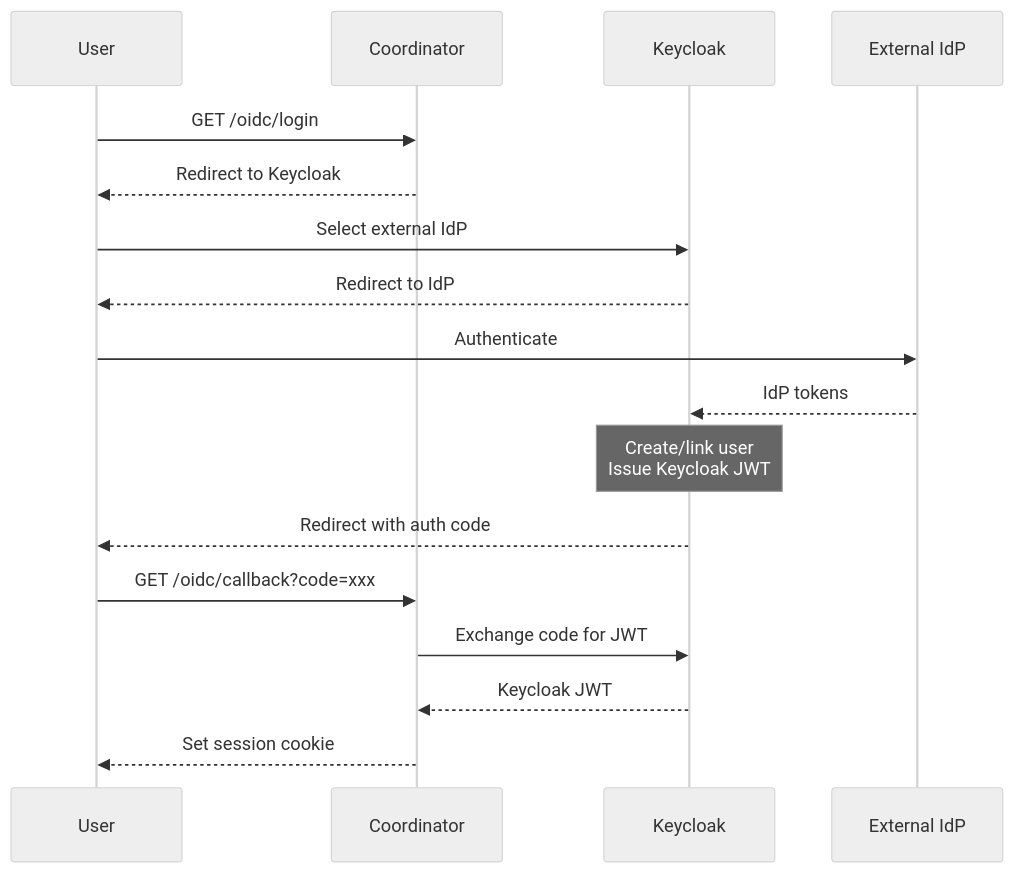
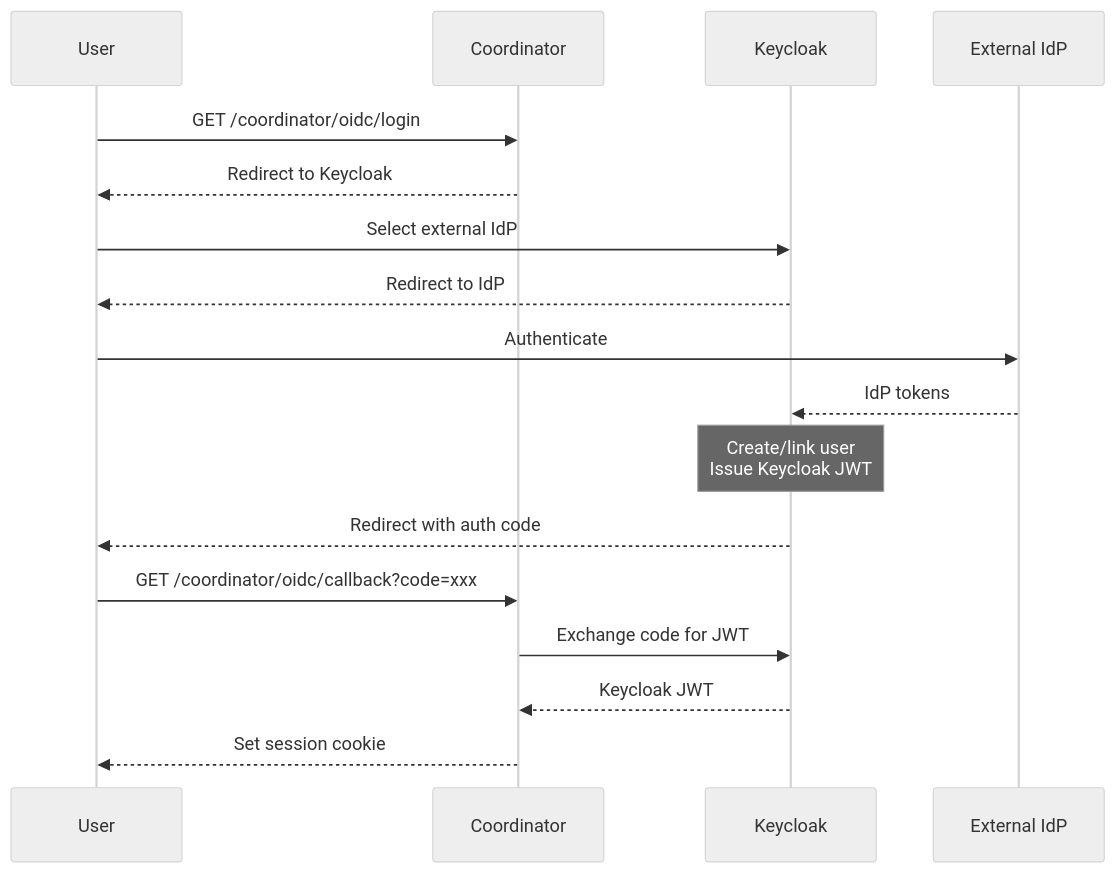
One commit to STRRL/wonder-mesh-net changed the second of 7 diagrams in docs/AUTH_DESIGN.md. Above: the diagram before and after it, drawn with Mermaid (neutral theme). The commit also changed other lines of this file, not shown here.

First line of the commit message:
Apply suggestions from code review

````diff
--- a/docs/AUTH_DESIGN.md
+++ b/docs/AUTH_DESIGN.md
@@ -88,24 +88,24 @@
 ```mermaid
 sequenceDiagram
     participant User
     participant Coordinator
     participant Keycloak
     participant IdP as External IdP
 
-    User->>Coordinator: GET /oidc/login
+    User->>Coordinator: GET /coordinator/oidc/login
     Coordinator-->>User: Redirect to Keycloak
 
     User->>Keycloak: Select external IdP
     Keycloak-->>User: Redirect to IdP
 
     User->>IdP: Authenticate
     IdP-->>Keycloak: IdP tokens
 
     Note over Keycloak: Create/link user<br/>Issue Keycloak JWT
 
     Keycloak-->>User: Redirect with auth code
-    User->>Coordinator: GET /oidc/callback?code=xxx
+    User->>Coordinator: GET /coordinator/oidc/callback?code=xxx
     Coordinator->>Keycloak: Exchange code for JWT
     Keycloak-->>Coordinator: Keycloak JWT
     Coordinator-->>User: Set session cookie
 ```
````
